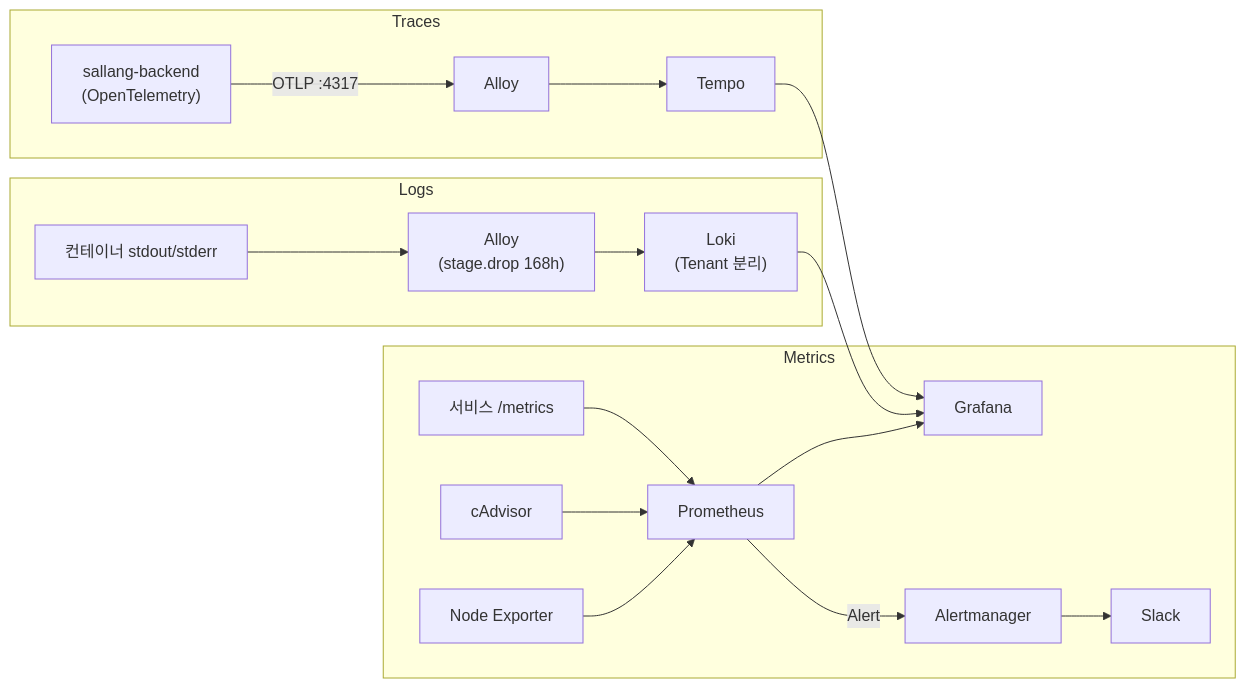
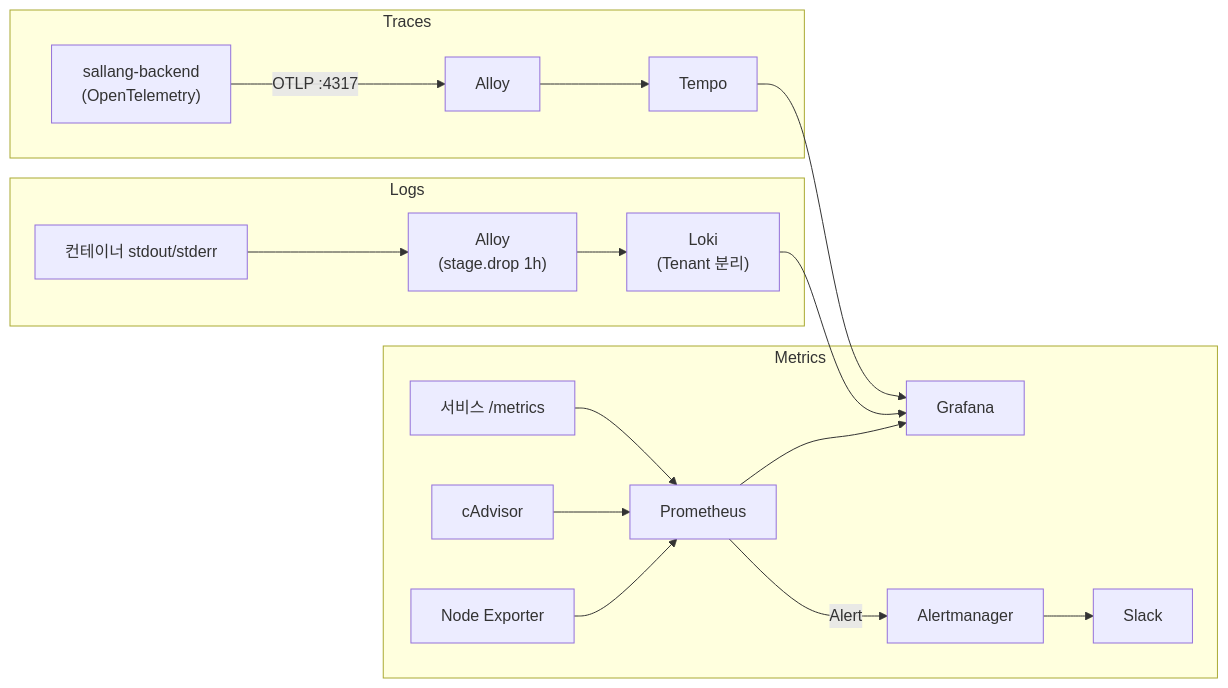
One commit to jongmine/jongmin-server-infra changed the second of 2 diagrams in docs/MONITORING_GUIDE.md. Above: the diagram before and after it, drawn with Mermaid. The commit also changed other lines of this file and 9 other files, not shown here.

````diff
--- a/docs/MONITORING_GUIDE.md
+++ b/docs/MONITORING_GUIDE.md
@@ -156,20 +164,20 @@
 ```mermaid
 flowchart LR
     subgraph Metrics
         NE["Node Exporter"] & CA["cAdvisor"] & SVC["서비스 /metrics"]
         --> PROM["Prometheus"] --> GF["Grafana"]
         PROM -->|"Alert"| AM["Alertmanager"] --> SLACK["Slack"]
     end
 
     subgraph Logs
         CTR["컨테이너 stdout/stderr"]
-        --> ALLOY["Alloy\n(stage.drop 168h)"]
+        --> ALLOY["Alloy\n(stage.drop 1h)"]
         --> LOKI["Loki\n(Tenant 분리)"] --> GF
     end
 
     subgraph Traces
         APP["sallang-backend\n(OpenTelemetry)"]
         -->|"OTLP :4317"| ALLOY2["Alloy"]
         --> TEMPO["Tempo"] --> GF
     end
 ```
````
